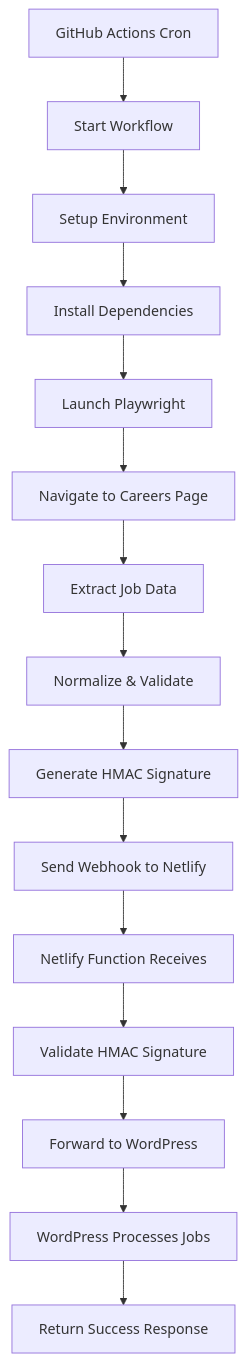
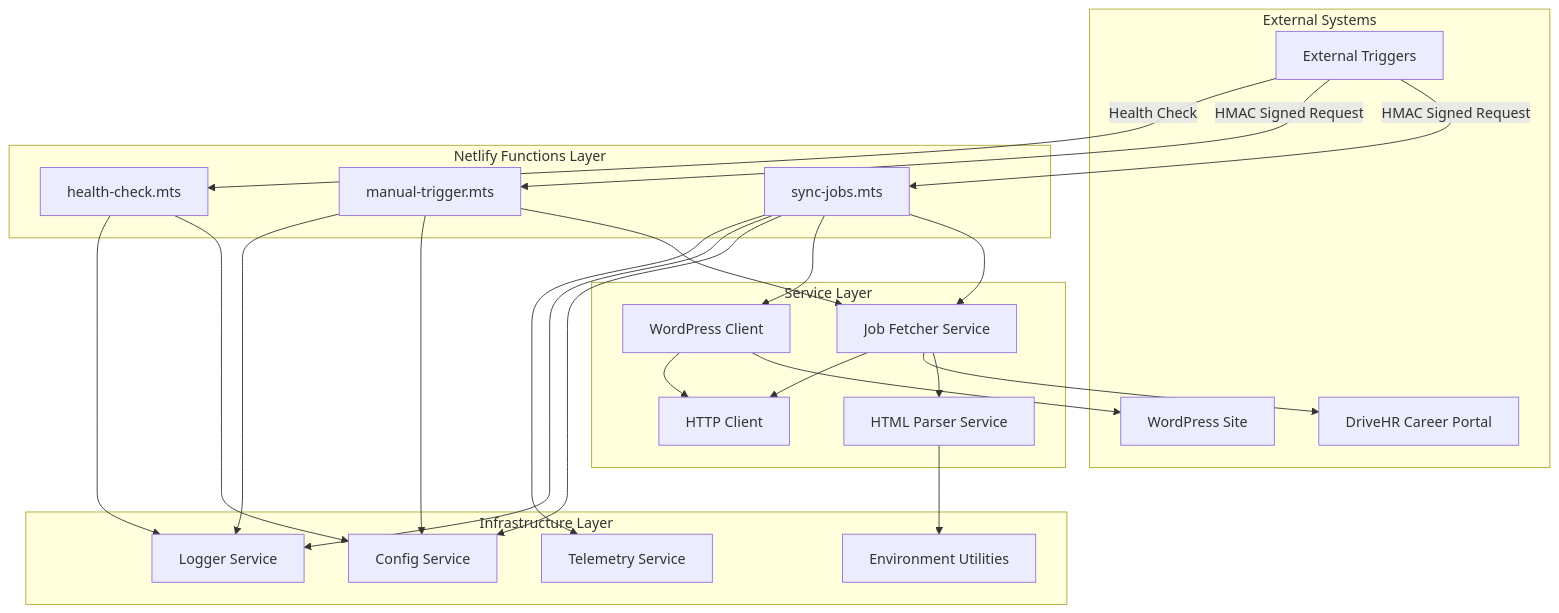
One commit to zachatkinson/drivehr-netlify-sync changed the first of 3 diagrams in ARCHITECTURE.md. Above: the diagram before and after it, drawn with Mermaid. The commit also changed other lines of this file and 4 other files, not shown here.

````diff
--- a/ARCHITECTURE.md
+++ b/ARCHITECTURE.md
@@ -135,17 +27,51 @@
 ```mermaid
-graph TD
-    A[GitHub Actions Cron] --> B[Start Workflow]
-    B --> C[Setup Environment]
-    C --> D[Install Dependencies]
-    D --> E[Launch Playwright]
-    E --> F[Navigate to Careers Page]
-    F --> G[Extract Job Data]
-    G --> H[Normalize & Validate]
-    H --> I[Generate HMAC Signature]
-    I --> J[Send Webhook to Netlify]
-    J --> K[Netlify Function Receives]
-    K --> L[Validate HMAC Signature]
-    L --> M[Forward to WordPress]
-    M --> N[WordPress Processes Jobs]
-    N --> O[Return Success Response]
+graph TB
+    subgraph "External Systems"
+        EXT1[External Triggers]
+        DH[DriveHR Career Portal]
+        WP[WordPress Site]
+    end
+
+    subgraph "Netlify Functions Layer"
+        HF[health-check.mts]
+        SF[sync-jobs.mts]
+        MT[manual-trigger.mts]
+    end
+
+    subgraph "Service Layer"
+        JF[Job Fetcher Service]
+        HP[HTML Parser Service]
+        WC[WordPress Client]
+        HC[HTTP Client]
+    end
+
+    subgraph "Infrastructure Layer"
+        CFG[Config Service]
+        LOG[Logger Service]
+        TEL[Telemetry Service]
+        ENV[Environment Utilities]
+    end
+
+    EXT1 -->|HMAC Signed Request| SF
+    EXT1 -->|HMAC Signed Request| MT
+    EXT1 -->|Health Check| HF
+
+    SF --> JF
+    MT --> JF
+    JF --> HP
+    JF --> DH
+    SF --> WC
+    WC --> WP
+
+    SF --> CFG
+    SF --> LOG
+    SF --> TEL
+    HF --> CFG
+    HF --> LOG
+    MT --> CFG
+    MT --> LOG
+
+    JF --> HC
+    WC --> HC
+    HP --> ENV
 ```
````
